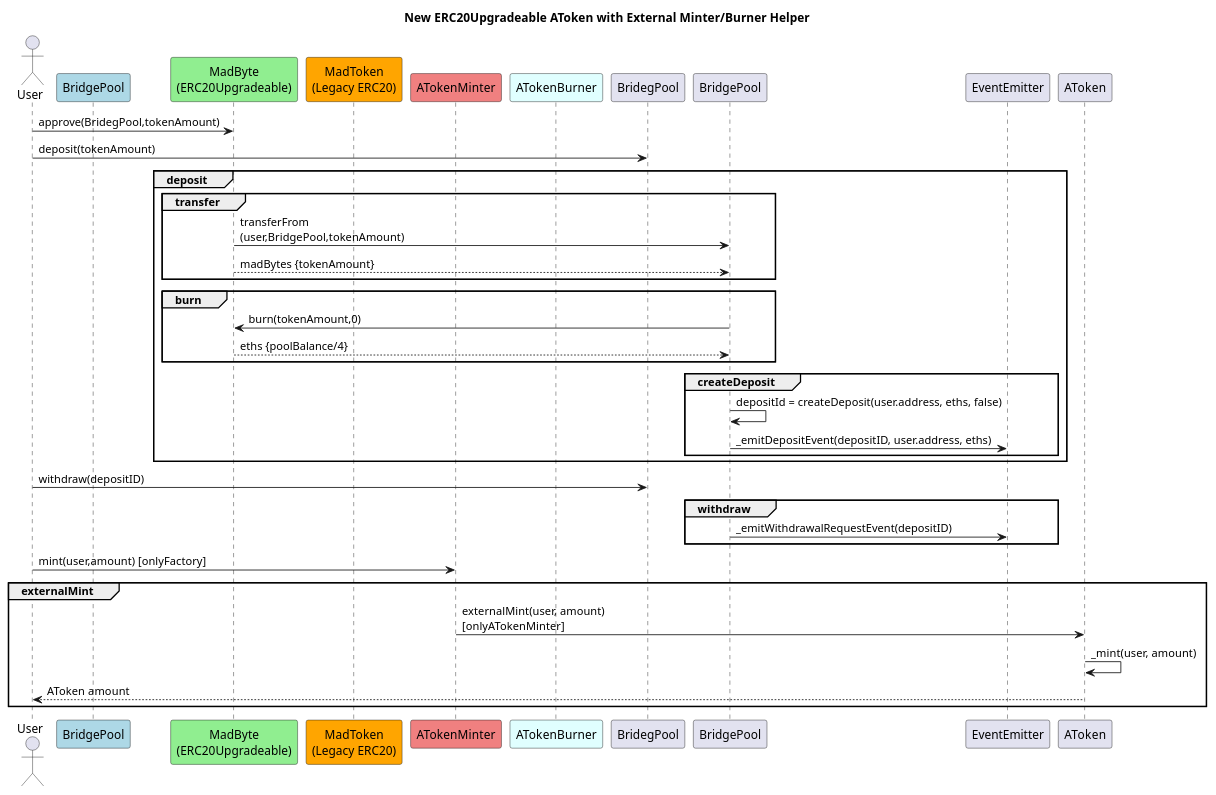
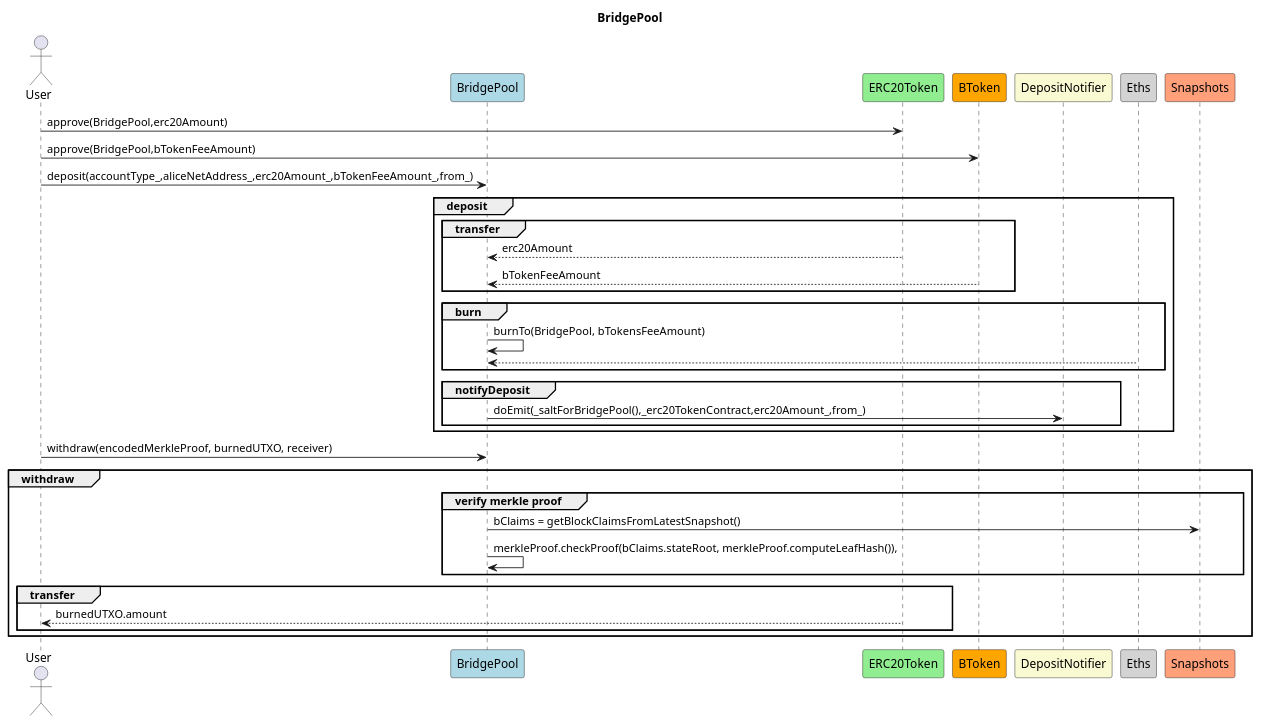
The diagram in bridge/docs/MP-269:BridgePool.puml (MadBase/MadNet), drawn with PlantUML before and after one commit. The commit also changed 1 other file, not shown here.

Commit message:
Added UML

```diff
--- a/bridge/docs/MP-269:BridgePool.puml
+++ b/bridge/docs/MP-269:BridgePool.puml
@@ -1,37 +1,37 @@
 @startuml name
 Actor User
-Participant "BridgePool" as MadnetFactory #LightBlue
-Participant "MadByte\n(ERC20Upgradeable)" as MadByte #LightGreen
-Participant "MadToken\n(Legacy ERC20)" as MadToken #Orange
-Participant "ATokenMinter" as ATokenMinter #LightCoral
-Participant "ATokenBurner" as ATokenBurner #LightCyan
-title New ERC20Upgradeable AToken with External Minter/Burner Helper
+Participant "BridgePool" #LightBlue
+Participant "ERC20Token" #LightGreen
+Participant "BToken" #Orange
+Participant "DepositNotifier" #LightGoldenRodYellow
+Participant "Eths" #LightGray
+Participant "Snapshots" #LightSalmon
+title BridgePool
 
-User -> MadByte : approve(BridegPool,tokenAmount)
-User -> BridegPool : deposit(tokenAmount)
+User -> ERC20Token : approve(BridgePool,erc20Amount)
+User -> BToken : approve(BridgePool,bTokenFeeAmount)
+User -> BridgePool : deposit(accountType_,aliceNetAddress_,erc20Amount_,bTokenFeeAmount_,from_)
 group deposit
     group transfer       
-        MadByte -> BridgePool : transferFrom\n(user,BridgePool,tokenAmount)
-        MadByte --> BridgePool: madBytes {tokenAmount}
+        ERC20Token --> BridgePool : erc20Amount
+        BToken --> BridgePool: bTokenFeeAmount
     end
     group burn        
-        BridgePool -> MadByte : burn(tokenAmount,0)
-        MadByte --> BridgePool: eths {poolBalance/4}
+        BridgePool -> BridgePool : burnTo(BridgePool, bTokensFeeAmount)
+        Eths --> BridgePool
     end
-    group createDeposit        
-        BridgePool -> BridgePool : depositId = createDeposit(user.address, eths, false)
-        BridgePool -> EventEmitter: _emitDepositEvent(depositID, user.address, eths)
+    group notifyDeposit        
+        BridgePool -> DepositNotifier: doEmit(_saltForBridgePool(),_erc20TokenContract,erc20Amount_,from_)
     end
 end
-User -> BridegPool : withdraw(depositID)
-group withdraw       
-    BridgePool -> EventEmitter: _emitWithdrawalRequestEvent(depositID)
-
-end
-User -> ATokenMinter : mint(user,amount) [onlyFactory]
-group externalMint        
-    ATokenMinter -> AToken : externalMint(user, amount)\n[onlyATokenMinter]
-    AToken -> AToken : _mint(user, amount) 
-    AToken --> User: AToken amount
+User -> BridgePool : withdraw(encodedMerkleProof, burnedUTXO, receiver)
+group withdraw 
+    group verify merkle proof
+        BridgePool -> Snapshots: bClaims = getBlockClaimsFromLatestSnapshot()
+        BridgePool -> BridgePool : merkleProof.checkProof(bClaims.stateRoot, merkleProof.computeLeafHash()),
+    end
+    group transfer       
+        ERC20Token --> User: burnedUTXO.amount
+    end
 end
 @enduml
```
